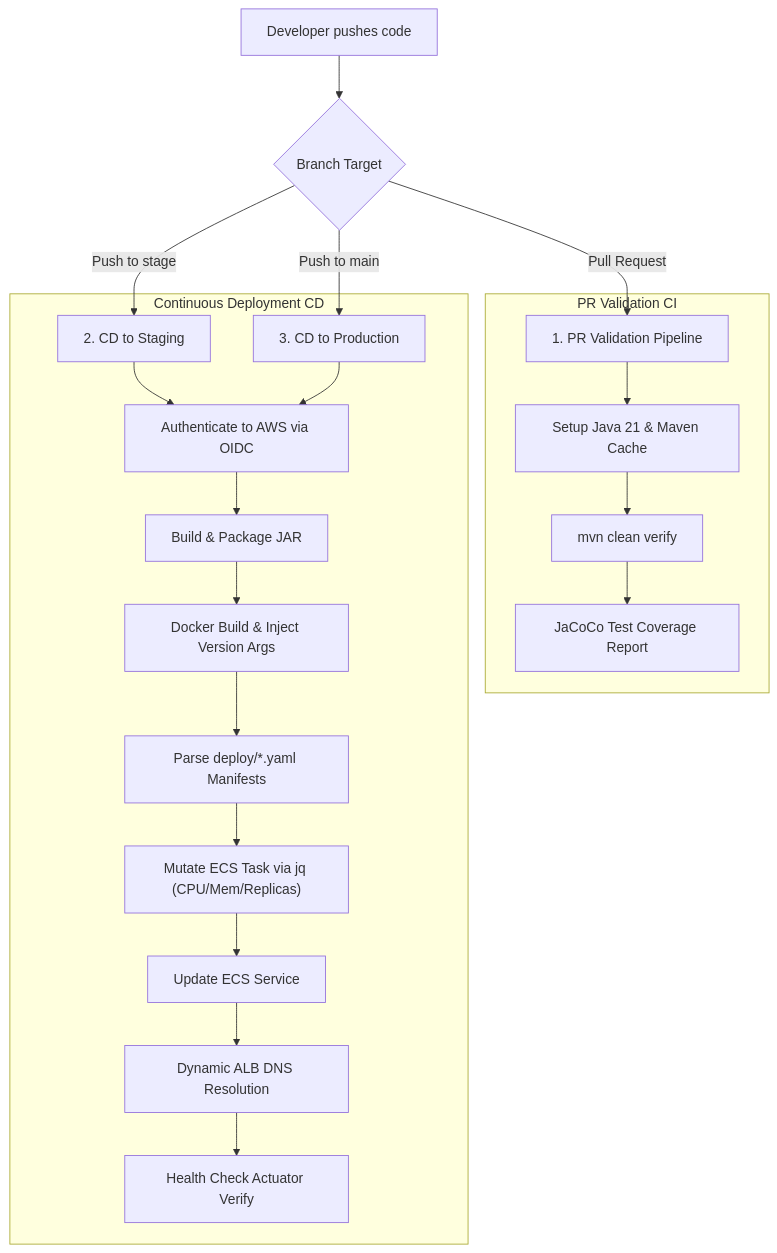
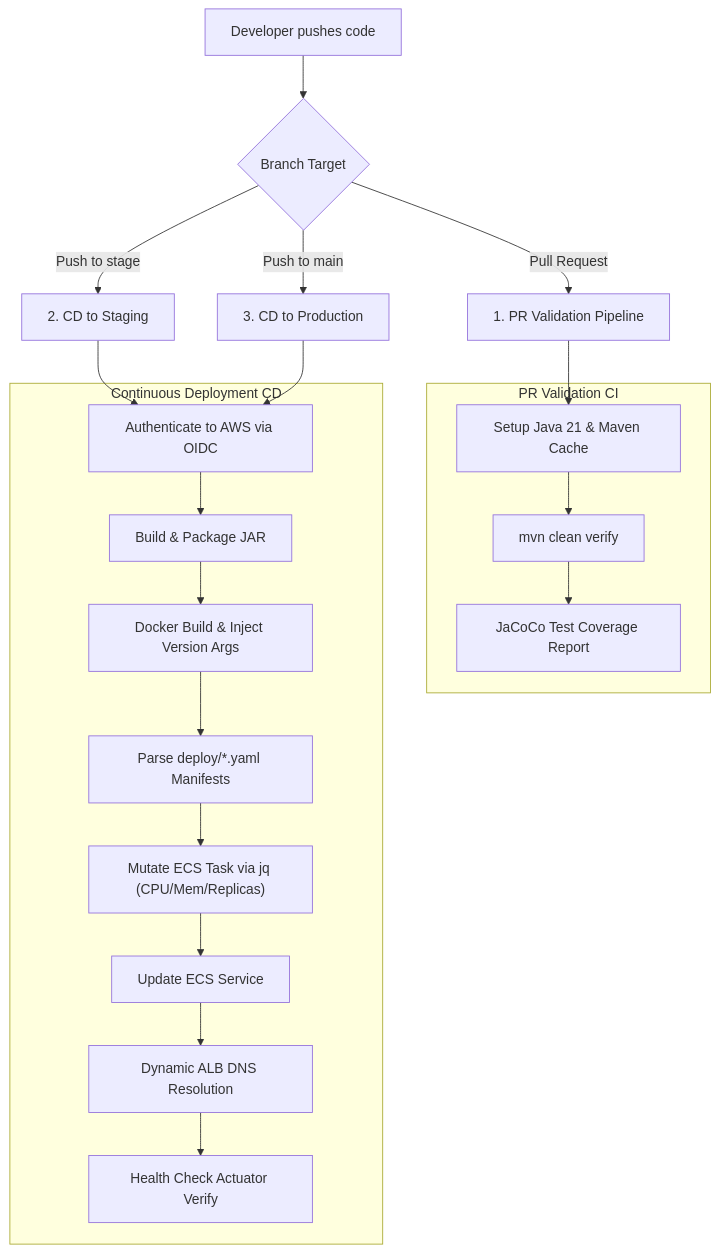
The diagram in README.md (sumitverma77/infra-pilot-api), drawn with Mermaid before and after one commit.

Commit message:
docs: update readme v2.0.0

````diff
--- a/README.md
+++ b/README.md
@@ -13,29 +13,39 @@
 ```mermaid
 flowchart TD
   Developer["Developer pushes code"] --> Trigger{"Branch Target"}
   
   Trigger -->|Pull Request| CI["1. PR Validation Pipeline"]
   Trigger -->|Push to stage| CDStage["2. CD to Staging"]
   Trigger -->|Push to main| CDProd["3. CD to Production"]
   
-  subgraph CI_Pipeline ["PR Validation CI"]
-    CI --> Setup["Setup Java 21 & Maven Cache"]
-    Setup --> Verify["mvn clean verify"]
-    Verify --> Coverage["JaCoCo Test Coverage Report"]
+  subgraph CI_Pipeline [PR Validation CI]
+    Setup["Setup Java 21 & Maven Cache"]
+    Verify["mvn clean verify"]
+    Coverage["JaCoCo Test Coverage Report"]
   end
 
-  subgraph CD_Pipeline ["Continuous Deployment CD"]
-    CDStage --> OIDC["Authenticate to AWS via OIDC"]
-    CDProd --> OIDC["Authenticate to AWS via OIDC"]
-    
-    OIDC --> BuildP["Build & Package JAR"]
-    BuildP --> DockerP["Docker Build & Inject Version Args"]
-    
-    DockerP --> Parse["Parse deploy/*.yaml Manifests"]
-    Parse --> JQ["Mutate ECS Task via jq (CPU/Mem/Replicas)"]
-    JQ --> ECSP["Update ECS Service"]
-    
-    ECSP --> QueryP["Dynamic ALB DNS Resolution"]
-    QueryP --> HealthP["Health Check Actuator Verify"]
+  subgraph CD_Pipeline [Continuous Deployment CD]
+    OIDC["Authenticate to AWS via OIDC"]
+    BuildP["Build & Package JAR"]
+    DockerP["Docker Build & Inject Version Args"]
+    Parse["Parse deploy/*.yaml Manifests"]
+    JQ["Mutate ECS Task via jq (CPU/Mem/Replicas)"]
+    ECSP["Update ECS Service"]
+    QueryP["Dynamic ALB DNS Resolution"]
+    HealthP["Health Check Actuator Verify"]
   end
+
+  CI --> Setup
+  Setup --> Verify
+  Verify --> Coverage
+
+  CDStage --> OIDC
+  CDProd --> OIDC
+  OIDC --> BuildP
+  BuildP --> DockerP
+  DockerP --> Parse
+  Parse --> JQ
+  JQ --> ECSP
+  ECSP --> QueryP
+  QueryP --> HealthP
 ```
````
